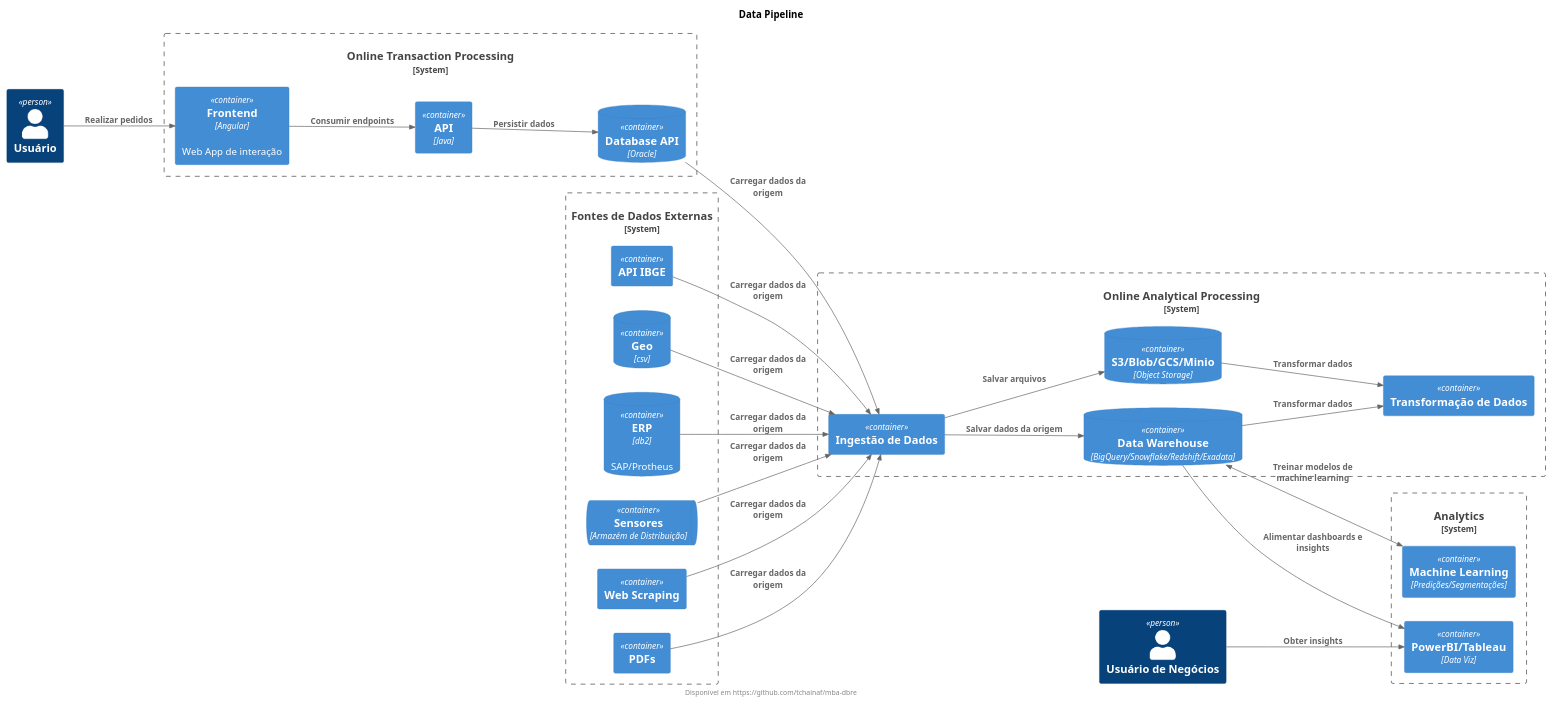
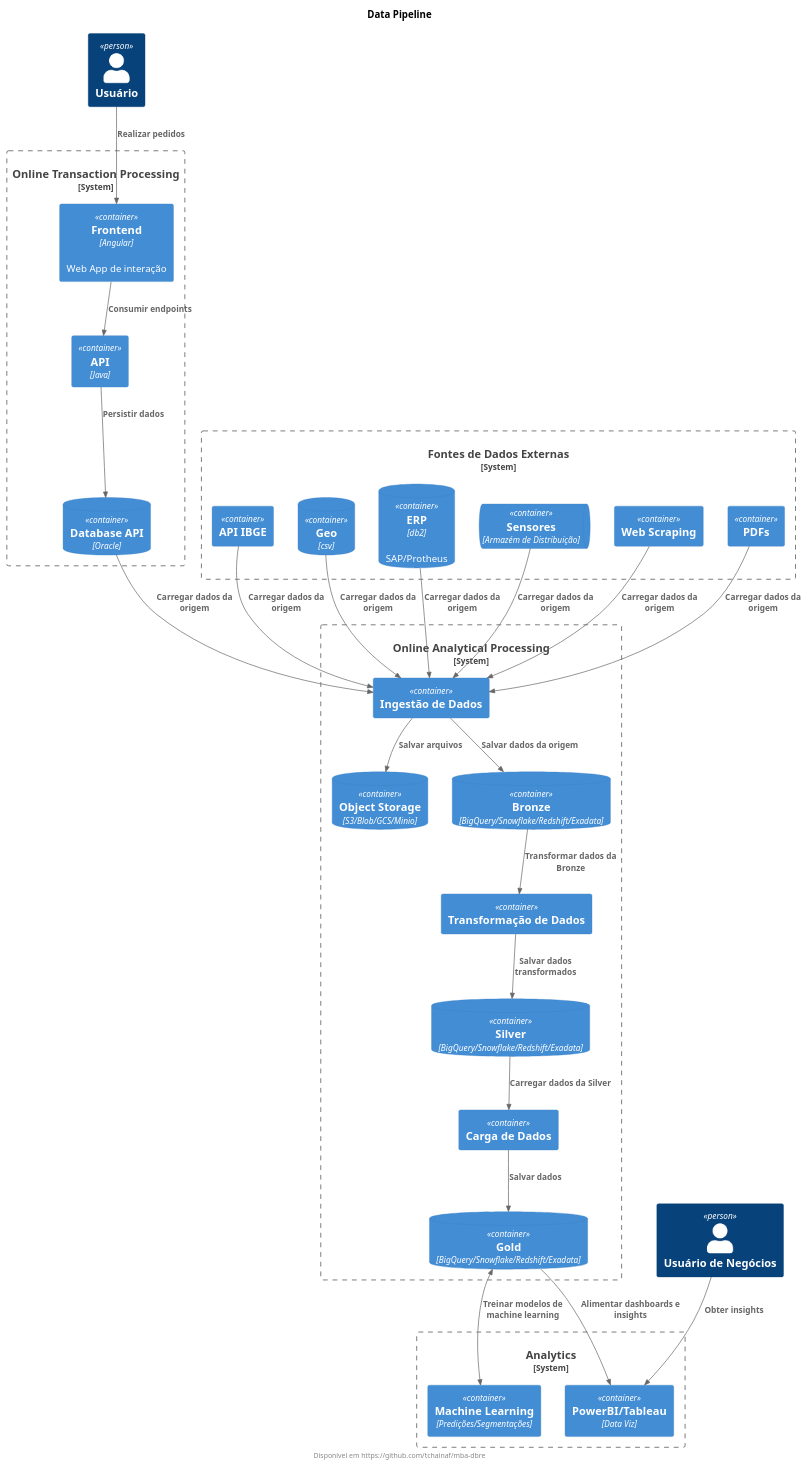
Before and after one commit to tchainaf/mba-dbre: the diagram in diagrams/data_pipeline.puml, drawn with PlantUML. The commit also changed 1 other file, not shown here.

Commit message:
docs: Update data pipeline diagram

```diff
--- a/diagrams/data_pipeline.puml
+++ b/diagrams/data_pipeline.puml
@@ -1,59 +1,64 @@
 @startuml diagram
 title Data Pipeline
 footer Disponível em https://github.com/tchainaf/mba-dbre
 
 !include https://raw.githubusercontent.com/plantuml-stdlib/C4-PlantUML/master/C4_Container.puml
-LAYOUT_LANDSCAPE()
 
 Person(user, "Usuário")
 Person(user_business, "Usuário de Negócios")
 
 System_Boundary(oltp, "Online Transaction Processing") {
     Container(frontend, "Frontend", "Angular", "Web App de interação")
     Container(api, "API", "Java")
     ContainerDb(db, "Database API", "Oracle")
 }
 
 System_Boundary(data_sources, "Fontes de Dados Externas") {
     Container(ibge, "API IBGE")
     ContainerDb(correio, "Geo", "csv")
     ContainerDb(erp, "ERP", "db2", "SAP/Protheus")
     ContainerQueue(iot, "Sensores", "Armazém de Distribuição")
     Container(scraping, "Web Scraping")
     Container(pdf, "PDFs")
 }
 
 System_Boundary(olap, "Online Analytical Processing") {
     Container(extraction, "Ingestão de Dados")
-    ContainerDb(object_storage, "S3/Blob/GCS/Minio", "Object Storage")
-    ContainerDb(dw, "Data Warehouse", "BigQuery/Snowflake/Redshift/Exadata")
+    Container(load, "Carga de Dados")
     Container(transformation, "Transformação de Dados")
 
-    Rel(extraction, dw, "Salvar dados da origem")
+    ContainerDb(object_storage, "Object Storage", "S3/Blob/GCS/Minio")
+    ContainerDb(bronze, "Bronze", "BigQuery/Snowflake/Redshift/Exadata")
+    ContainerDb(silver, "Silver", "BigQuery/Snowflake/Redshift/Exadata")
+    ContainerDb(gold, "Gold", "BigQuery/Snowflake/Redshift/Exadata")
+
+    Rel(extraction, bronze, "Salvar dados da origem")
+    Rel(bronze, transformation, "Transformar dados da Bronze")
+    Rel(transformation, silver, "Salvar dados transformados")
+    Rel(silver, load, "Carregar dados da Silver")
+    Rel(load, gold, "Salvar dados")
     Rel(extraction, object_storage, "Salvar arquivos")
-    Rel(dw, transformation, "Transformar dados")
-    Rel(object_storage, transformation, "Transformar dados")
 }
 
 System_Boundary(analytics, "Analytics") {
     Container(dataviz, "PowerBI/Tableau", "Data Viz")
     Container(ml, "Machine Learning", "Predições/Segmentações")
 }
 
 Rel(user, frontend, "Realizar pedidos")
 Rel(user_business, dataviz, "Obter insights")
 
 Rel(frontend, api, "Consumir endpoints")
 Rel(api, db, "Persistir dados")
 Rel(db, extraction, "Carregar dados da origem")
 
 Rel(ibge, extraction, "Carregar dados da origem")
 Rel(correio, extraction, "Carregar dados da origem")
 Rel(erp, extraction, "Carregar dados da origem")
 Rel(iot, extraction, "Carregar dados da origem")
 Rel(scraping, extraction, "Carregar dados da origem")
 Rel(pdf, extraction, "Carregar dados da origem")
 
-Rel(dw, dataviz, "Alimentar dashboards e insights")
-BiRel(dw, ml, "Treinar modelos de machine learning")
+Rel(gold, dataviz, "Alimentar dashboards e insights")
+BiRel(gold, ml, "Treinar modelos de machine learning")
 @enduml
```
